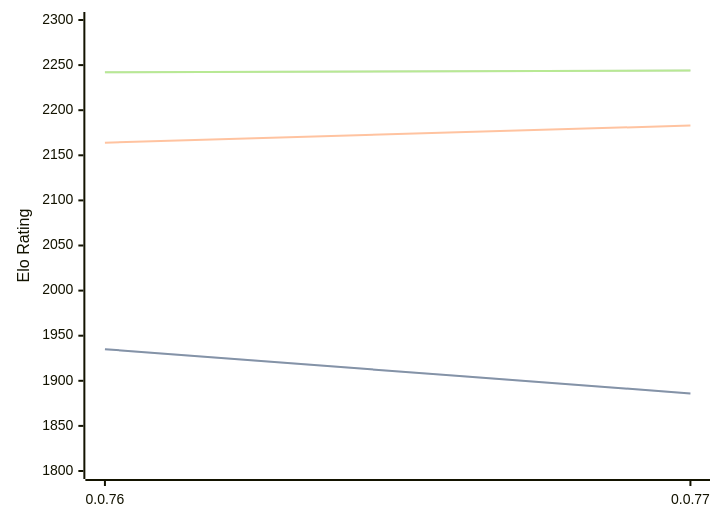
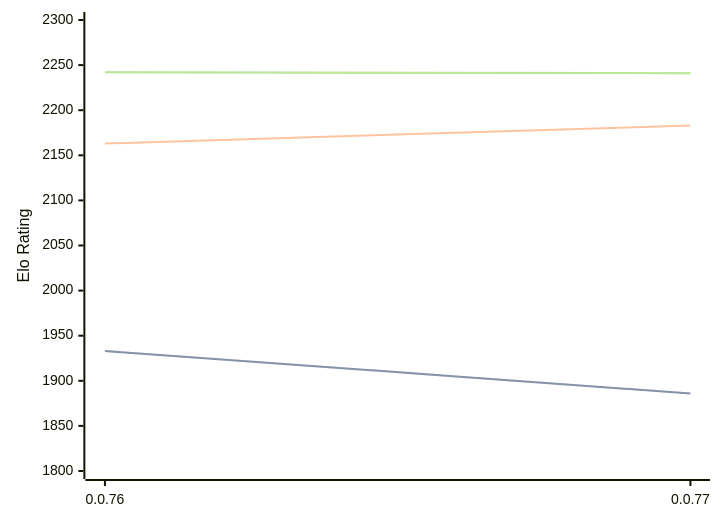
One commit to computer-chess-index/cci changed the diagram in engines/Fktb.md. Above: the diagram before and after it, drawn with Mermaid. The commit also changed other lines of this file, not shown here.

Commit message:
Update CCI Ratings (ELO VLTC) - 2026-04-06

````diff
--- a/engines/Fktb.md
+++ b/engines/Fktb.md
@@ -32,11 +32,11 @@
 ```mermaid
 %%{init: {"theme":"base","themeVariables":{"seriesColors:['#a3a3a3','#222221','#faa371']}}}%%
 xychart-beta
   x-axis ["0.0.76", "0.0.77"]
   y-axis "Elo Rating" 1800 --> 2300
-  line "STC (8.0+0.08s)" [1935, 1886]
-  line "STC (8.0+0.08s)" [1935, 1886]
-  line "LTC (60.0+0.60s)" [2164, 2183]
-  line "VLTC (2m24s+1.12s)" [2242, 2244]
-  line "VLTC (2m24s+1.12s)" [2242, 2244]
+  line "STC (8.0+0.08s)" [1933, 1886]
+  line "STC (8.0+0.08s)" [1933, 1886]
+  line "LTC (60.0+0.60s)" [2163, 2183]
+  line "VLTC (2m24s+1.12s)" [2242, 2241]
+  line "VLTC (2m24s+1.12s)" [2242, 2241]
 ```
````
